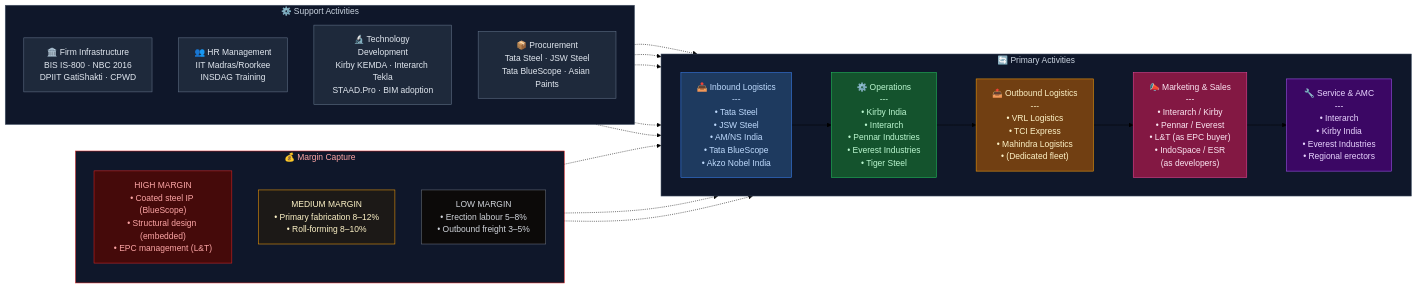
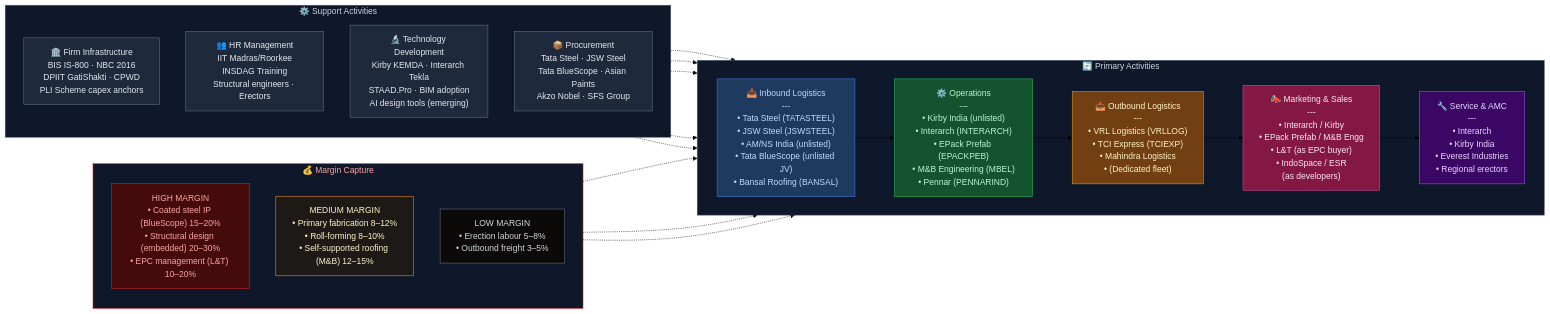
Before and after one commit to Anubhavsingh13/Value_chain: the second of 2 diagrams in Pre-Engineered Buildings (PEB) - Value Chain Analysis.md, drawn with Mermaid (forest theme). The commit also changed other lines of this file, not shown here.

````diff
--- a/Pre-Engineered Buildings (PEB) - Value Chain Analysis.md
+++ b/Pre-Engineered Buildings (PEB) - Value Chain Analysis.md
@@ -413,54 +552,54 @@
 ```mermaid
 flowchart LR
     subgraph SUPPORT["⚙️ Support Activities"]
         direction TB
-        FI["🏛️ Firm Infrastructure\nBIS IS-800 · NBC 2016\nDPIIT GatiShakti · CPWD"]
-        HR["👥 HR Management\nIIT Madras/Roorkee\nINSDAG Training"]
-        TD["🔬 Technology Development\nKirby KEMDA · Interarch Tekla\nSTAAD.Pro · BIM adoption"]
-        PR["📦 Procurement\nTata Steel · JSW Steel\nTata BlueScope · Asian Paints"]
+        FI["🏛️ Firm Infrastructure\nBIS IS-800 · NBC 2016\nDPIIT GatiShakti · CPWD\nPLI Scheme capex anchors"]
+        HR["👥 HR Management\nIIT Madras/Roorkee\nINSDAG Training\nStructural engineers · Erectors"]
+        TD["🔬 Technology Development\nKirby KEMDA · Interarch Tekla\nSTAAD.Pro · BIM adoption\nAI design tools (emerging)"]
+        PR["📦 Procurement\nTata Steel · JSW Steel\nTata BlueScope · Asian Paints\nAkzo Nobel · SFS Group"]
     end
 
     subgraph PRIMARY["🔄 Primary Activities"]
         direction LR
-        IL["📥 Inbound Logistics\n---\n• Tata Steel\n• JSW Steel\n• AM/NS India\n• Tata BlueScope\n• Akzo Nobel India"]
-        OP["⚙️ Operations\n---\n• Kirby India\n• Interarch\n• Pennar Industries\n• Everest Industries\n• Tiger Steel"]
-        OL["📤 Outbound Logistics\n---\n• VRL Logistics\n• TCI Express\n• Mahindra Logistics\n• (Dedicated fleet)"]
-        MS["📣 Marketing & Sales\n---\n• Interarch / Kirby\n• Pennar / Everest\n• L&T (as EPC buyer)\n• IndoSpace / ESR\n(as developers)"]
+        IL["📥 Inbound Logistics\n---\n• Tata Steel (TATASTEEL)\n• JSW Steel (JSWSTEEL)\n• AM/NS India (unlisted)\n• Tata BlueScope (unlisted JV)\n• Bansal Roofing (BANSAL)"]
+        OP["⚙️ Operations\n---\n• Kirby India (unlisted)\n• Interarch (INTERARCH)\n• EPack Prefab (EPACKPEB)\n• M&B Engineering (MBEL)\n• Pennar (PENNARIND)"]
+        OL["📤 Outbound Logistics\n---\n• VRL Logistics (VRLLOG)\n• TCI Express (TCIEXP)\n• Mahindra Logistics\n• (Dedicated fleet)"]
+        MS["📣 Marketing & Sales\n---\n• Interarch / Kirby\n• EPack Prefab / M&B Engg\n• L&T (as EPC buyer)\n• IndoSpace / ESR\n(as developers)"]
         SV["🔧 Service & AMC\n---\n• Interarch\n• Kirby India\n• Everest Industries\n• Regional erectors"]
     end
 
     subgraph MARGIN["💰 Margin Capture"]
         direction TB
-        HM["HIGH MARGIN\n• Coated steel IP (BlueScope)\n• Structural design (embedded)\n• EPC management (L&T)"]
-        MM["MEDIUM MARGIN\n• Primary fabrication 8–12%\n• Roll-forming 8–10%"]
+        HM["HIGH MARGIN\n• Coated steel IP (BlueScope) 15–20%\n• Structural design (embedded) 20–30%\n• EPC management (L&T) 10–20%"]
+        MM["MEDIUM MARGIN\n• Primary fabrication 8–12%\n• Roll-forming 8–10%\n• Self-supported roofing (M&B) 12–15%"]
         LM["LOW MARGIN\n• Erection labour 5–8%\n• Outbound freight 3–5%"]
     end
 
     IL --> OP --> OL --> MS --> SV
 
     SUPPORT -.-> IL
     SUPPORT -.-> OP
     SUPPORT -.-> OL
     SUPPORT -.-> MS
     SUPPORT -.-> SV
 
     HM -.-> IL
     MM -.-> OP
     LM -.-> SV
 
     style IL fill:#1e3a5f,stroke:#3b82f6,color:#bfdbfe
     style OP fill:#14532d,stroke:#22c55e,color:#bbf7d0
     style OL fill:#713f12,stroke:#f59e0b,color:#fef3c7
     style MS fill:#831843,stroke:#ec4899,color:#fce7f3
     style SV fill:#3b0764,stroke:#a855f7,color:#e9d5ff
     style SUPPORT fill:#0f172a,stroke:#475569,color:#cbd5e1
     style PRIMARY fill:#0f172a,stroke:#475569,color:#cbd5e1
     style FI fill:#1e293b,stroke:#64748b,color:#e2e8f0
     style HR fill:#1e293b,stroke:#64748b,color:#e2e8f0
     style TD fill:#1e293b,stroke:#64748b,color:#e2e8f0
     style PR fill:#1e293b,stroke:#64748b,color:#e2e8f0
     style MARGIN fill:#0f172a,stroke:#dc2626,color:#fca5a5
     style HM fill:#450a0a,stroke:#dc2626,color:#fca5a5
     style MM fill:#1c1917,stroke:#f59e0b,color:#fef3c7
     style LM fill:#0c0a09,stroke:#6b7280,color:#d1d5db
 ```
````
